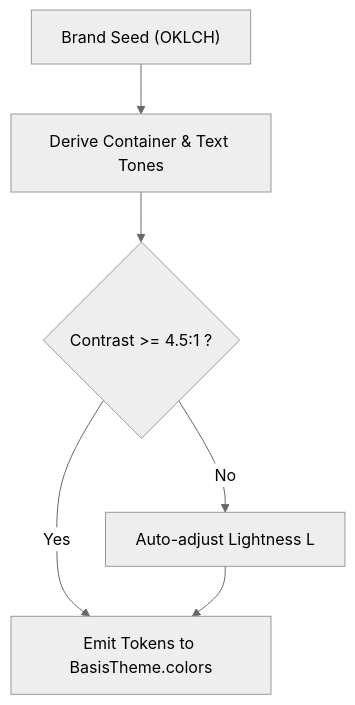
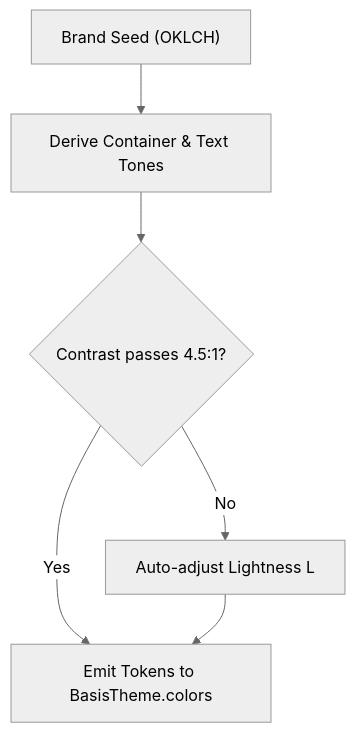
Before and after one commit to alph-a07/basis: the second of 2 diagrams in docs/docs-site/src/content/docs/theming/oklch.mdx, drawn with Mermaid (neutral theme). The commit also changed other lines of this file and 8 other files, not shown here.

Commit message:
fix(docs): resolve mermaid code block selector and render interactive diagrams

````diff
--- a/docs/docs-site/src/content/docs/theming/oklch.mdx
+++ b/docs/docs-site/src/content/docs/theming/oklch.mdx
@@ -45,8 +45,8 @@
 ```mermaid
 flowchart TD
     Seed["Brand Seed (OKLCH)"] --> Step["Derive Container & Text Tones"]
-    Step --> Check{"Contrast >= 4.5:1 ?"}
+    Step --> Check{"Contrast passes 4.5:1?"}
     Check -- Yes --> Emit["Emit Tokens to BasisTheme.colors"]
     Check -- No --> Adjust["Auto-adjust Lightness L"]
     Adjust --> Emit
 ```
````
